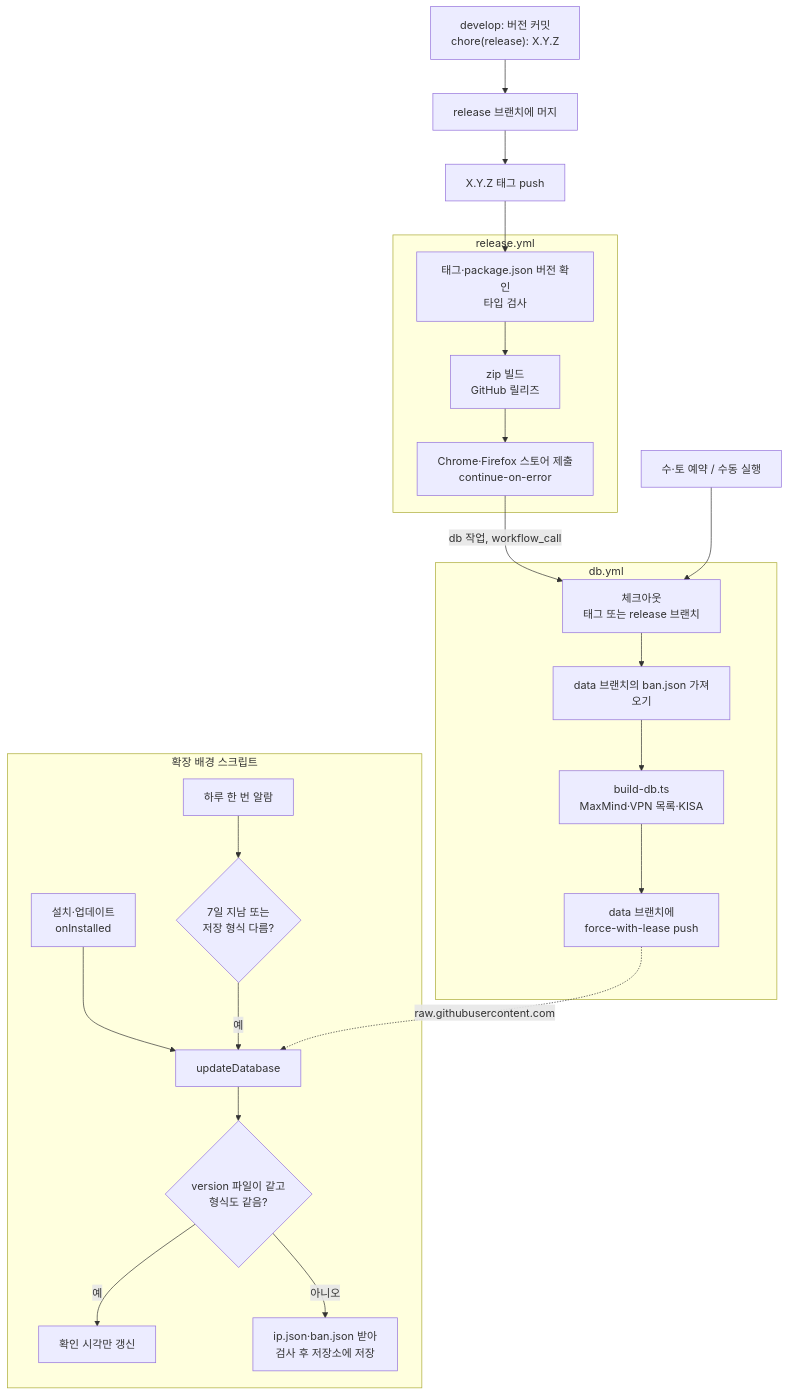
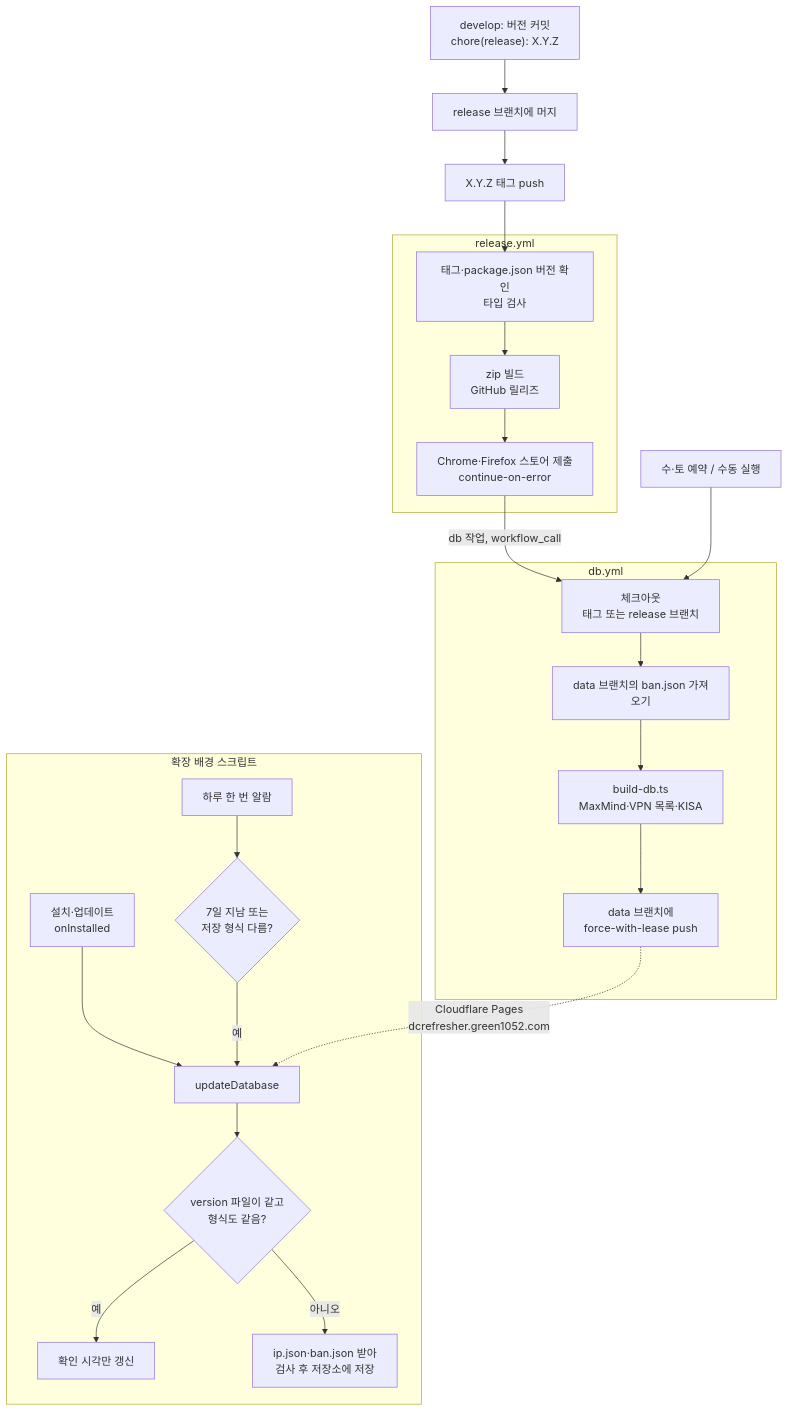
The sixth of 6 diagrams in docs/DEVELOPMENT.md (green1052/DCRefresher-Reborn), drawn with Mermaid before and after one commit. The commit also changed other lines of this file and 2 other files, not shown here.

Commit message:
feat(db): the extension downloads the IP and ban DB from dcrefresher.green1052.com (the data branch on Cloudflare Pages); the GitHub data branch keeps serving 6.0.3 and older; README drops the old homepage link and names the new host

````diff
--- a/docs/DEVELOPMENT.md
+++ b/docs/DEVELOPMENT.md
@@ -533,29 +533,29 @@
 ```mermaid
 flowchart TD
     A["develop: 버전 커밋<br>chore(release): X.Y.Z"] --> B["release 브랜치에 머지"]
     B --> C["X.Y.Z 태그 push"]
 
     subgraph REL["release.yml"]
         R1["태그·package.json 버전 확인<br>타입 검사"] --> R2["zip 빌드<br>GitHub 릴리즈"]
         R2 --> R3["Chrome·Firefox 스토어 제출<br>continue-on-error"]
     end
     C --> R1
 
     subgraph DBW["db.yml"]
         D0["체크아웃<br>태그 또는 release 브랜치"] --> D1["data 브랜치의 ban.json 가져오기"]
         D1 --> D2["build-db.ts<br>MaxMind·VPN 목록·KISA"]
         D2 --> D3["data 브랜치에<br>force-with-lease push"]
     end
     R3 -->|"db 작업, workflow_call"| D0
     CRON["수·토 예약 / 수동 실행"] --> D0
 
     subgraph EXT["확장 배경 스크립트"]
         E1["설치·업데이트<br>onInstalled"] --> U["updateDatabase"]
         E2["하루 한 번 알람"] --> E3{"7일 지남 또는<br>저장 형식 다름?"}
         E3 -->|"예"| U
         U --> V{"version 파일이 같고<br>형식도 같음?"}
         V -->|"예"| T["확인 시각만 갱신"]
         V -->|"아니오"| G["ip.json·ban.json 받아<br>검사 후 저장소에 저장"]
     end
-    D3 -.->|"raw.githubusercontent.com"| U
+    D3 -.->|"Cloudflare Pages<br>dcrefresher.green1052.com"| U
 ```
````
